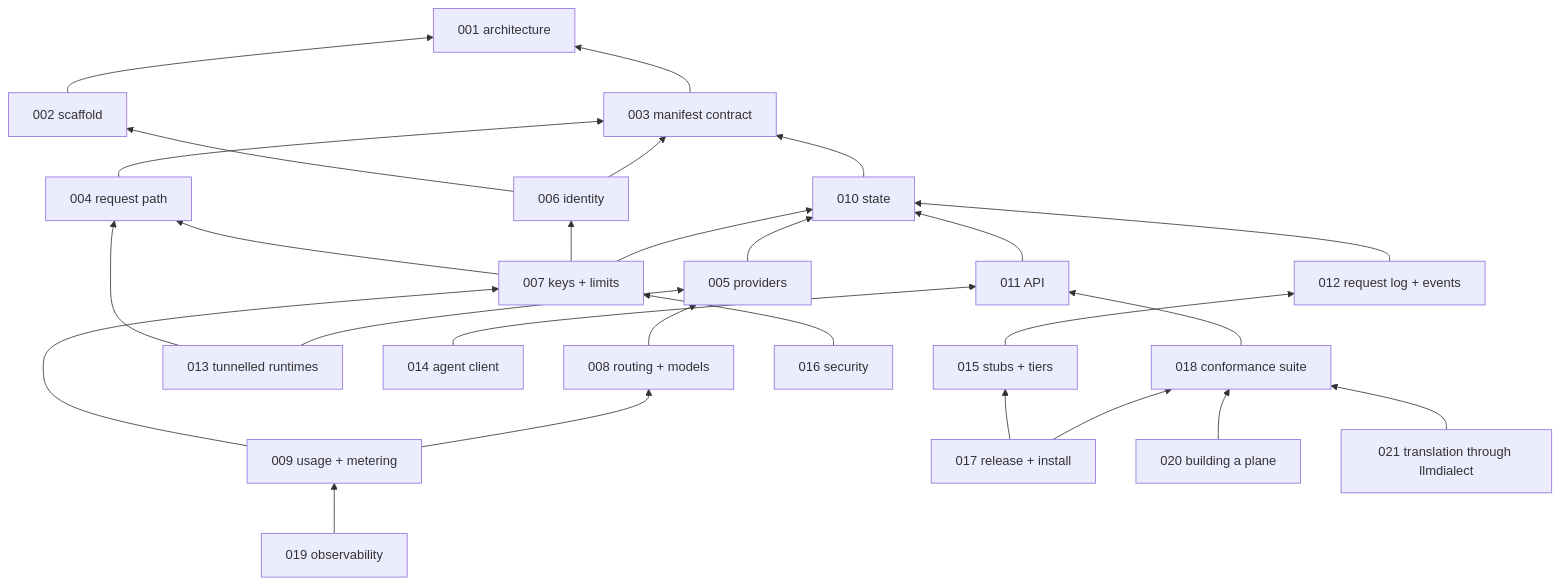
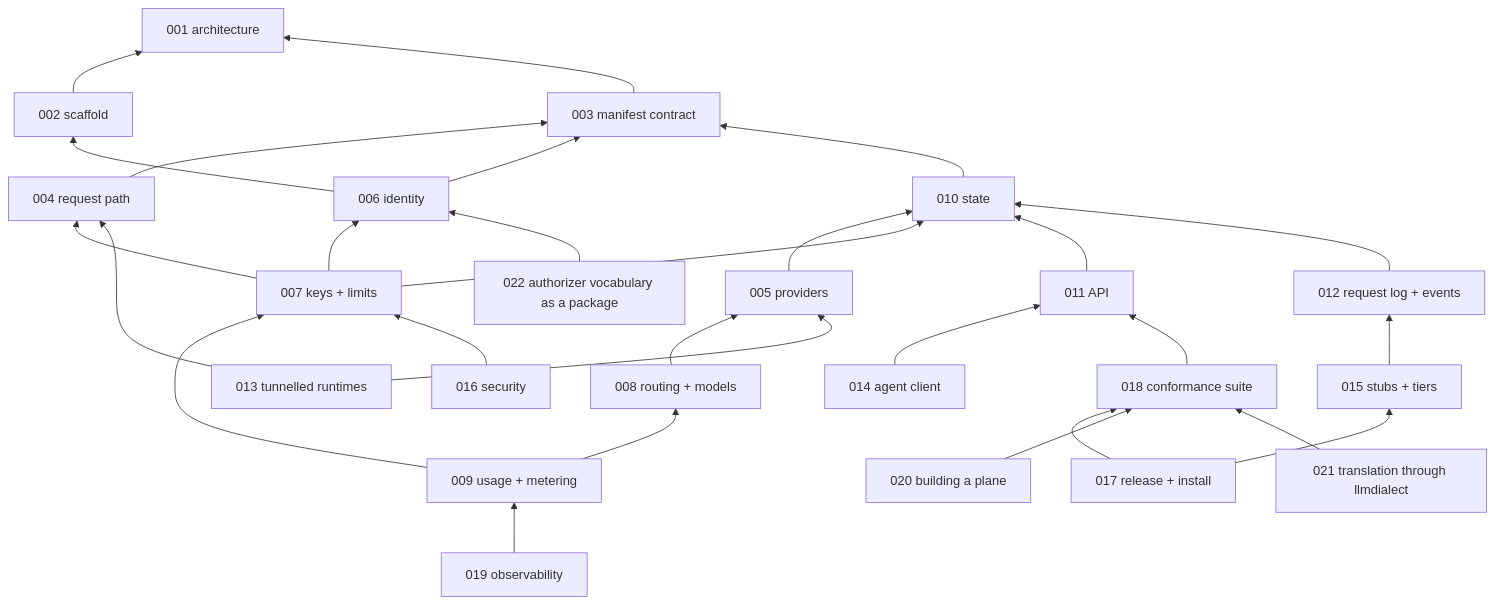
Before and after one commit to latere-ai/lux: the second of 2 diagrams in specs/README.md, drawn with Mermaid. The commit also changed other lines of this file and 1 other file, not shown here.

Commit message:
specs: 022 drafted, the authorizer vocabulary as a package
A platform that writes the authorizer keeps a copy of the twenty-four
actions and the six limits names because they live under internal/.
022 moves them, the resource builders, and DecodeLimits into a root
package with the root packages' promise, and exports the limits wire
struct so an authorizer renders its answer through the type luxd
decodes.

````diff
--- a/specs/README.md
+++ b/specs/README.md
@@ -80,50 +81,52 @@
 ```mermaid
 flowchart BT
   S001[001 architecture]
   S002[002 scaffold]
   S003[003 manifest contract]
   S004[004 request path]
   S005[005 providers]
   S006[006 identity]
   S007[007 keys + limits]
   S008[008 routing + models]
   S009[009 usage + metering]
   S010[010 state]
   S011[011 API]
   S012[012 request log + events]
   S013[013 tunnelled runtimes]
   S014[014 agent client]
   S015[015 stubs + tiers]
   S016[016 security]
   S017[017 release + install]
   S018[018 conformance suite]
   S019[019 observability]
   S020[020 building a plane]
   S021[021 translation through llmdialect]
+  S022[022 authorizer vocabulary as a package]
   S002 --> S001
   S003 --> S001
   S004 --> S003
   S005 --> S010
   S006 --> S002
   S006 --> S003
   S007 --> S004
   S007 --> S006
   S007 --> S010
   S008 --> S005
   S009 --> S007
   S009 --> S008
   S010 --> S003
   S011 --> S010
   S012 --> S010
   S013 --> S004
   S013 --> S005
   S014 --> S011
   S015 --> S012
   S016 --> S007
   S017 --> S015
   S017 --> S018
   S018 --> S011
   S019 --> S009
   S020 --> S018
   S021 --> S018
+  S022 --> S006
 ```
````
